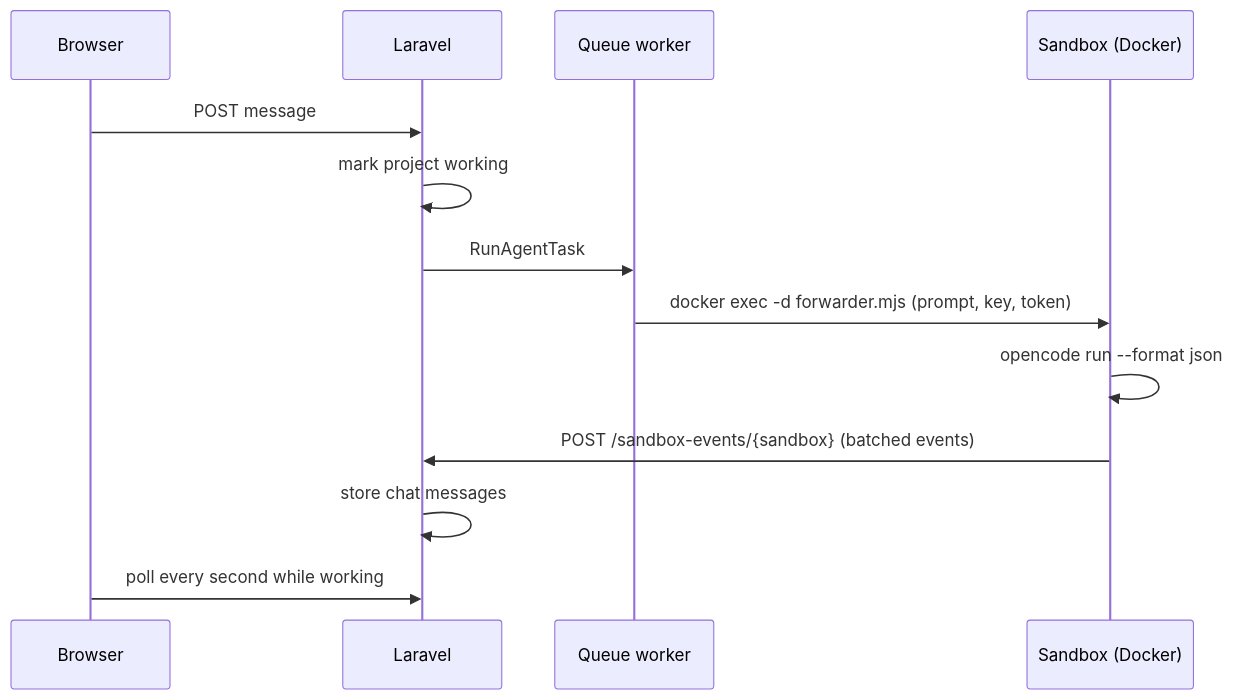
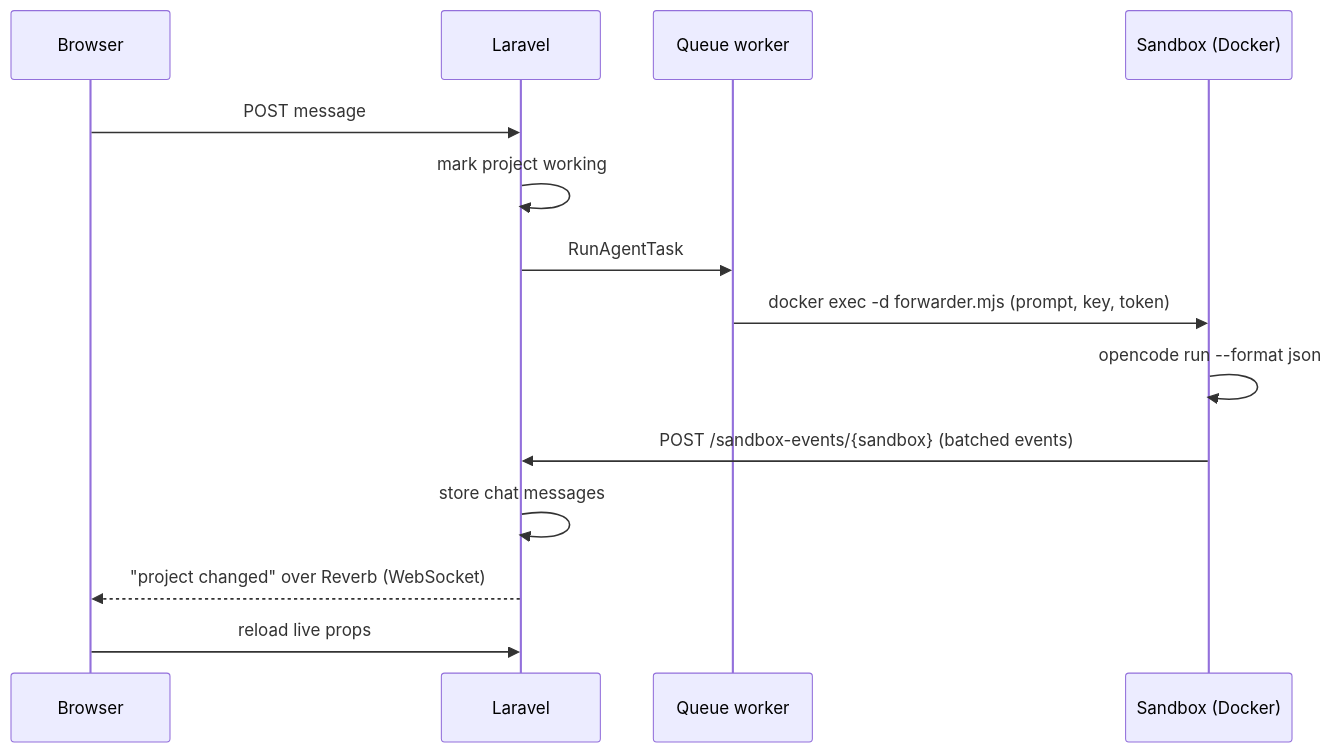
The diagram in docs/development/architecture.mdx (onedrop-io/onedrop), drawn with Mermaid before and after one commit. The commit also changed other lines of this file and 250 other files, not shown here.

````diff
--- a/docs/development/architecture.mdx
+++ b/docs/development/architecture.mdx
@@ -10,15 +10,16 @@
 ```mermaid
 sequenceDiagram
     participant B as Browser
     participant L as Laravel
     participant Q as Queue worker
     participant S as Sandbox (Docker)
     B->>L: POST message
     L->>L: mark project working
     L->>Q: RunAgentTask
     Q->>S: docker exec -d forwarder.mjs (prompt, key, token)
     S->>S: opencode run --format json
     S->>L: POST /sandbox-events/{sandbox} (batched events)
     L->>L: store chat messages
-    B->>L: poll every second while working
+    L-->>B: "project changed" over Reverb (WebSocket)
+    B->>L: reload live props
 ```
````
